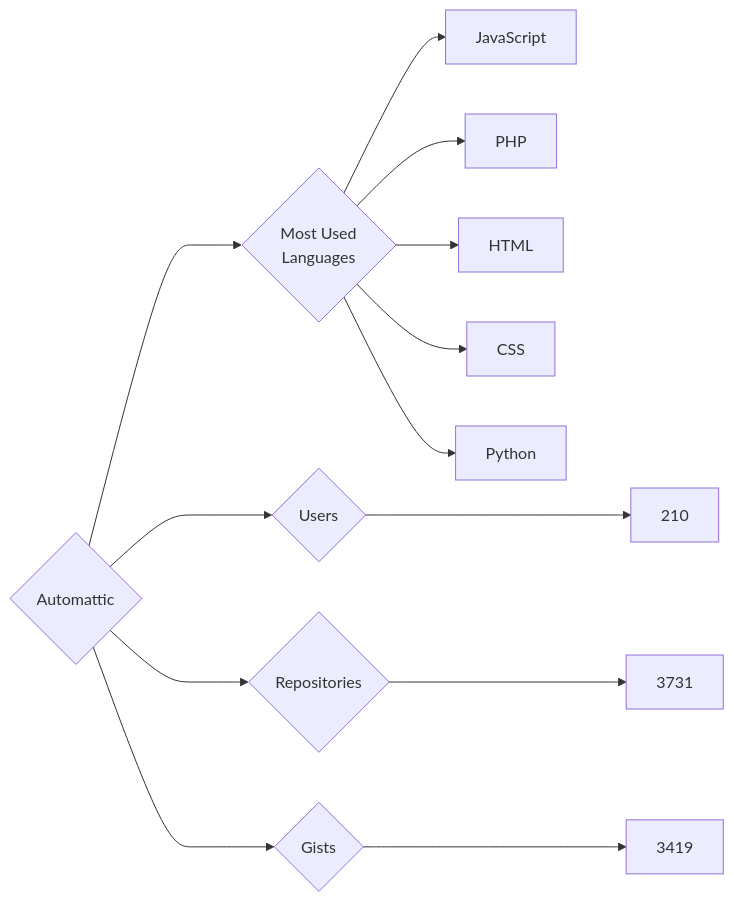
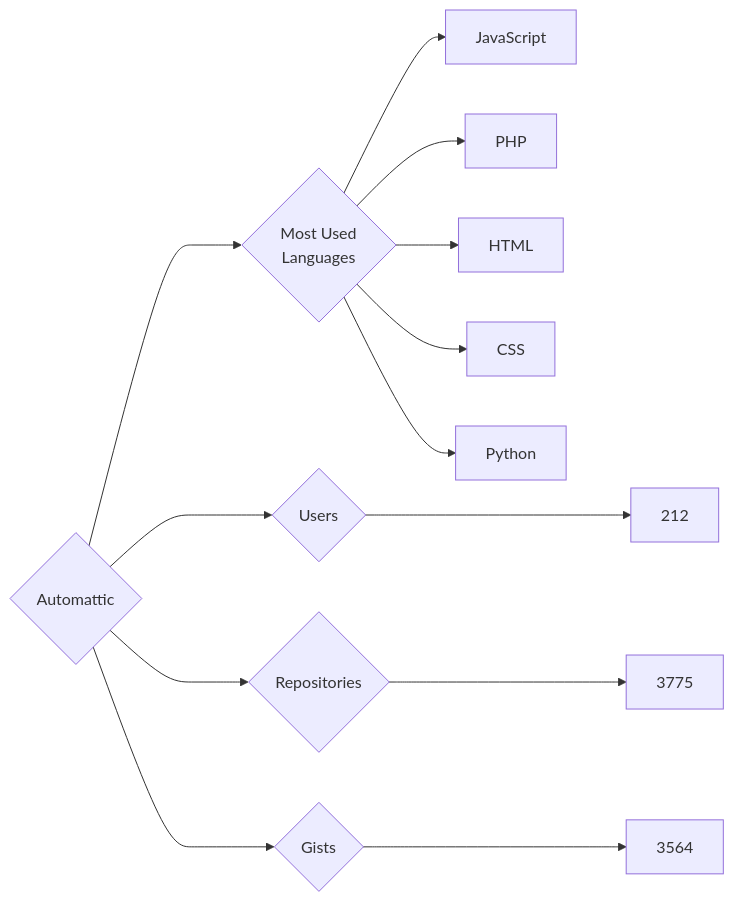
Before and after one commit to trickest/insiders: the diagram in targets/Automattic/README.md, drawn with Mermaid. The commit also changed 826 other files, not shown here.

````diff
--- a/targets/Automattic/README.md
+++ b/targets/Automattic/README.md
@@ -3,13 +3,13 @@
 ```mermaid
 graph LR
 COMPANY_NAME{Automattic}
-COMPANY_NAME ---> U{Users} ---> UN[210]
-COMPANY_NAME ---> R{Repositories} ---> RN[3731]
-COMPANY_NAME ---> G{Gists} ---> GN[3419]
+COMPANY_NAME ---> U{Users} ---> UN[212]
+COMPANY_NAME ---> R{Repositories} ---> RN[3775]
+COMPANY_NAME ---> G{Gists} ---> GN[3564]
 COMPANY_NAME ---> ML{Most Used<br>Languages}
 ML --> JavaScript[JavaScript]
 ML --> PHP[PHP]
 ML --> HTML[HTML]
 ML --> CSS[CSS]
 ML --> Python[Python]
 ```
````
